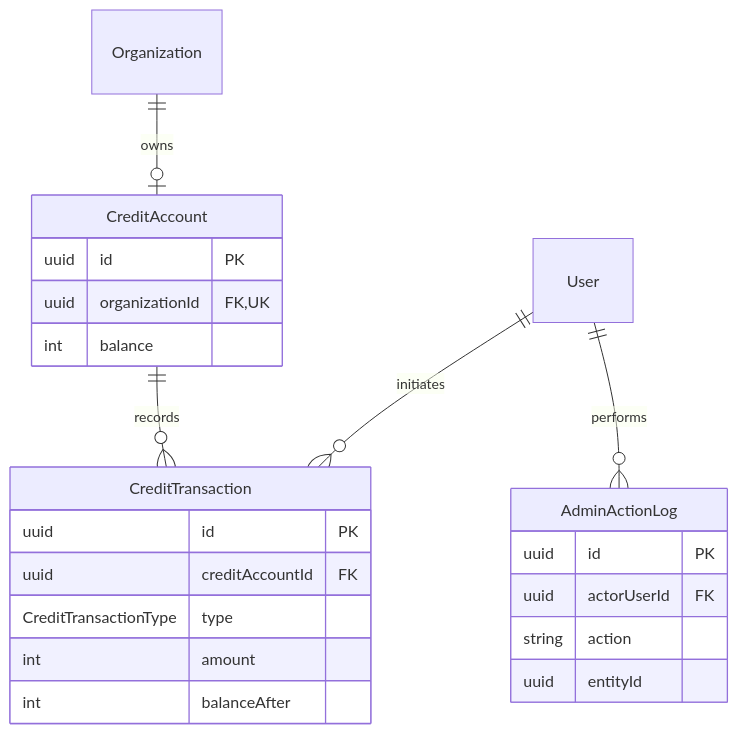
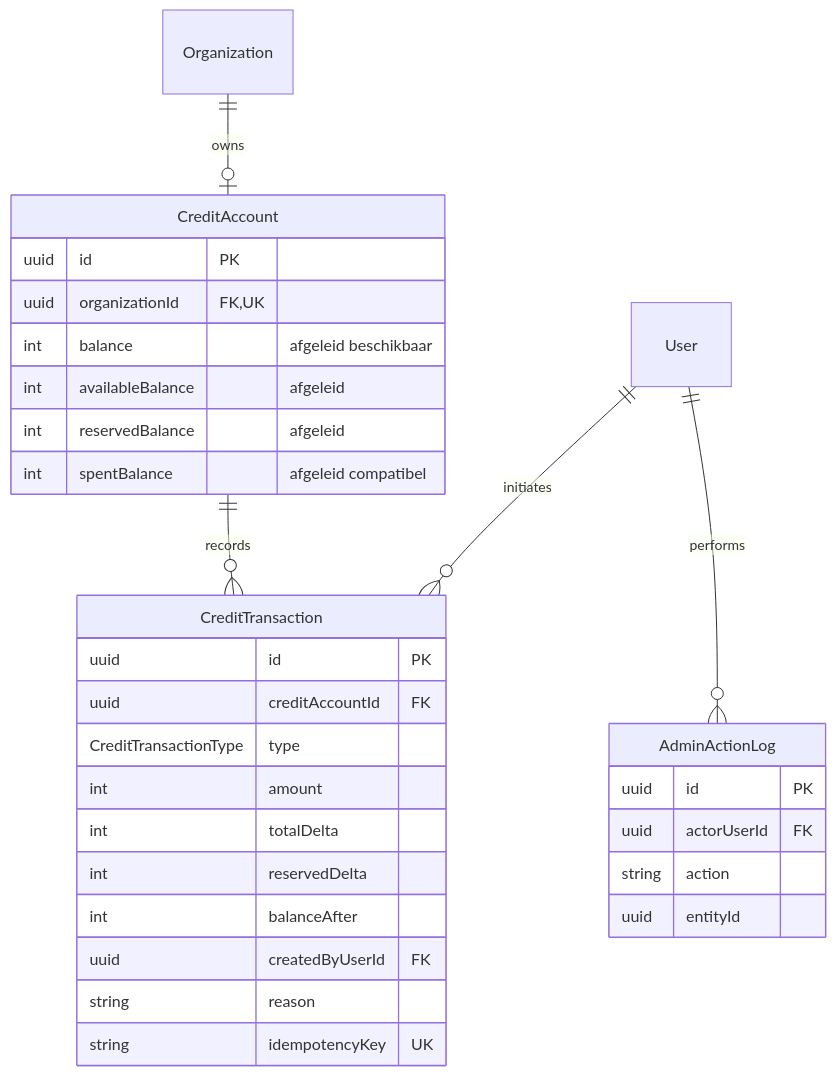
One commit to WorkMatchr/platform changed diagram 15 of 17 in docs/ERD.md. Above: the diagram before and after it, drawn with Mermaid. The commit also changed other lines of this file and 400 other files, not shown here.

````diff
--- a/docs/ERD.md
+++ b/docs/ERD.md
@@ -451,25 +534,33 @@
 ```mermaid
 erDiagram
   Organization ||--o| CreditAccount : owns
   CreditAccount ||--o{ CreditTransaction : records
   User ||--o{ CreditTransaction : initiates
   User ||--o{ AdminActionLog : performs
   CreditAccount {
     uuid id PK
     uuid organizationId FK,UK
-    int balance
+    int balance "afgeleid beschikbaar"
+    int availableBalance "afgeleid"
+    int reservedBalance "afgeleid"
+    int spentBalance "afgeleid compatibel"
   }
   CreditTransaction {
     uuid id PK
     uuid creditAccountId FK
     CreditTransactionType type
     int amount
+    int totalDelta
+    int reservedDelta
     int balanceAfter
+    uuid createdByUserId FK
+    string reason
+    string idempotencyKey UK
   }
   AdminActionLog {
     uuid id PK
     uuid actorUserId FK
     string action
     uuid entityId
   }
 ```
````
